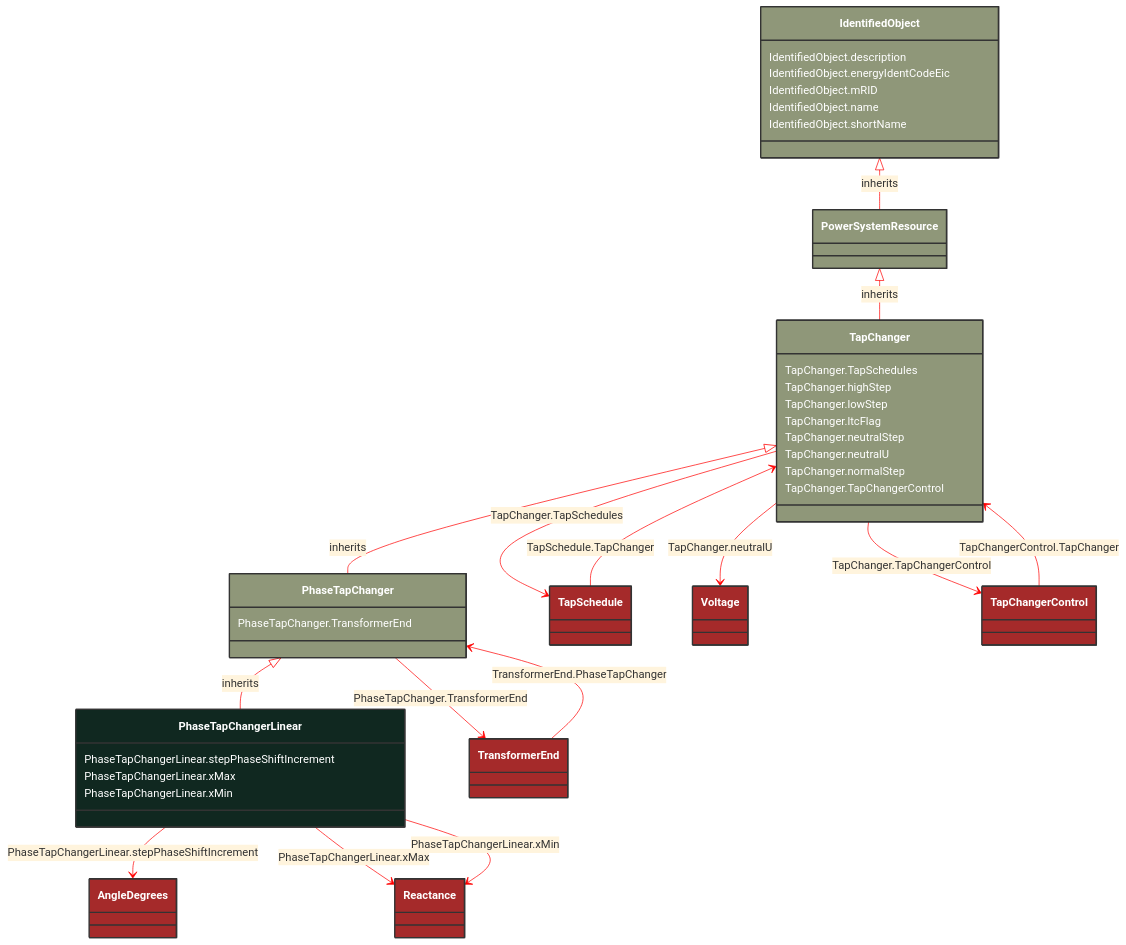
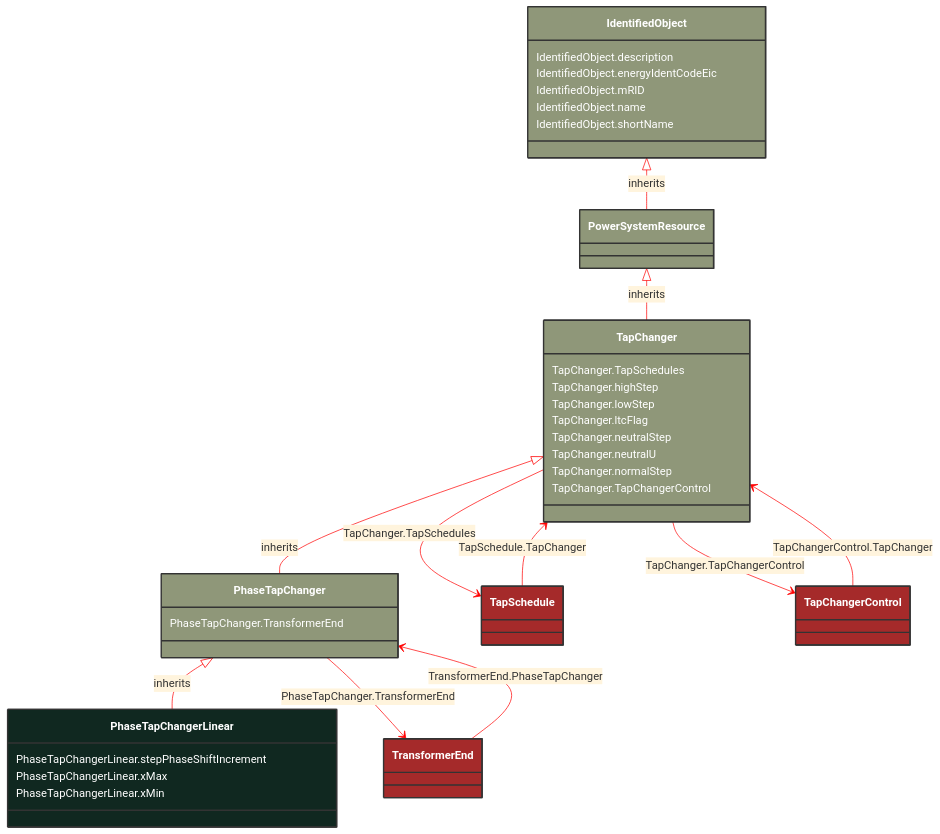
The diagram in docs/Models/Profiles/CoreEquipment/ConcreteClasses/PhaseTapChangerLinear.md (3lbits/NoCIMExtensions), drawn with Mermaid before and after one commit. The commit also changed other lines of this file and 397 other files, not shown here.

First line of the commit message:
Refactor CIM schemas to introduce abstract classes and consolidate data types

```diff
--- a/docs/Models/Profiles/CoreEquipment/ConcreteClasses/PhaseTapChangerLinear.md
+++ b/docs/Models/Profiles/CoreEquipment/ConcreteClasses/PhaseTapChangerLinear.md
@@ -15,51 +15,31 @@
     style PhaseTapChangerLinear fill:#102820,stroke:#333,stroke-width:2px,rx:10,ry:10,color:white
      
         PhaseTapChanger <|-- PhaseTapChangerLinear : inherits
-            click PhaseTapChanger href "/Models/Profiles/CoreEquipment/ConcreteClasses/PhaseTapChanger/"
+            click PhaseTapChanger href "/Models/Profiles/CoreEquipment/AbstractClasses/PhaseTapChanger/"
             style PhaseTapChanger fill:#8F9779,stroke:#333,stroke-width:2px,rx:10,ry:10,color:white
      
         TapChanger <|-- PhaseTapChanger : inherits
-            click TapChanger href "/Models/Profiles/CoreEquipment/ConcreteClasses/TapChanger/"
+            click TapChanger href "/Models/Profiles/CoreEquipment/AbstractClasses/TapChanger/"
             style TapChanger fill:#8F9779,stroke:#333,stroke-width:2px,rx:10,ry:10,color:white
      
         PowerSystemResource <|-- TapChanger : inherits
-            click PowerSystemResource href "/Models/Profiles/CoreEquipment/ConcreteClasses/PowerSystemResource/"
+            click PowerSystemResource href "/Models/Profiles/CoreEquipment/AbstractClasses/PowerSystemResource/"
             style PowerSystemResource fill:#8F9779,stroke:#333,stroke-width:2px,rx:10,ry:10,color:white
      
         IdentifiedObject <|-- PowerSystemResource : inherits
-            click IdentifiedObject href "/Models/Profiles/CoreEquipment/ConcreteClasses/IdentifiedObject/"
+            click IdentifiedObject href "/Models/Profiles/CoreEquipment/AbstractClasses/IdentifiedObject/"
             style IdentifiedObject fill:#8F9779,stroke:#333,stroke-width:2px,rx:10,ry:10,color:white
 
-        PhaseTapChangerLinear --> AngleDegrees : PhaseTapChangerLinear.stepPhaseShiftIncrement
-
-        AngleDegrees
-            click AngleDegrees href "/Models/Profiles/CoreEquipment/ConcreteClasses/AngleDegrees/"
-            style AngleDegrees fill:#A52A2A,stroke:#333,stroke-width:2px,rx:10,ry:10,color:white
-        PhaseTapChangerLinear --> Reactance : PhaseTapChangerLinear.xMax
-
-        Reactance
-            click Reactance href "/Models/Profiles/CoreEquipment/ConcreteClasses/Reactance/"
-            style Reactance fill:#A52A2A,stroke:#333,stroke-width:2px,rx:10,ry:10,color:white
-        PhaseTapChangerLinear --> Reactance : PhaseTapChangerLinear.xMin
-
-        Reactance
-            click Reactance href "/Models/Profiles/CoreEquipment/ConcreteClasses/Reactance/"
-            style Reactance fill:#A52A2A,stroke:#333,stroke-width:2px,rx:10,ry:10,color:white
         PhaseTapChanger --> TransformerEnd : PhaseTapChanger.TransformerEnd
 
         TransformerEnd
-            click TransformerEnd href "/Models/Profiles/CoreEquipment/ConcreteClasses/TransformerEnd/"
+            click TransformerEnd href "/Models/Profiles/CoreEquipment/AbstractClasses/TransformerEnd/"
             style TransformerEnd fill:#A52A2A,stroke:#333,stroke-width:2px,rx:10,ry:10,color:white
         TapChanger --> TapSchedule : TapChanger.TapSchedules
 
         TapSchedule
-            click TapSchedule href "/Models/Profiles/CoreEquipment/ConcreteClasses/TapSchedule/"
+            click TapSchedule href "/Models/Profiles/CoreEquipment/AbstractClasses/TapSchedule/"
             style TapSchedule fill:#A52A2A,stroke:#333,stroke-width:2px,rx:10,ry:10,color:white
-        TapChanger --> Voltage : TapChanger.neutralU
-
-        Voltage
-            click Voltage href "/Models/Profiles/CoreEquipment/ConcreteClasses/Voltage/"
-            style Voltage fill:#A52A2A,stroke:#333,stroke-width:2px,rx:10,ry:10,color:white
         TapChanger --> TapChangerControl : TapChanger.TapChangerControl
 
         TapChangerControl
@@ -69,7 +49,7 @@
         TapSchedule --> TapChanger : TapSchedule.TapChanger
 
         TapSchedule
-            click TapSchedule href "/Models/Profiles/CoreEquipment/ConcreteClasses/TapSchedule/"
+            click TapSchedule href "/Models/Profiles/CoreEquipment/AbstractClasses/TapSchedule/"
             style TapSchedule fill:#A52A2A,stroke:#333,stroke-width:2px,rx:10,ry:10,color:white
 
         TapChangerControl --> TapChanger : TapChangerControl.TapChanger
@@ -81,7 +61,7 @@
         TransformerEnd --> PhaseTapChanger : TransformerEnd.PhaseTapChanger
 
         TransformerEnd
-            click TransformerEnd href "/Models/Profiles/CoreEquipment/ConcreteClasses/TransformerEnd/"
+            click TransformerEnd href "/Models/Profiles/CoreEquipment/AbstractClasses/TransformerEnd/"
             style TransformerEnd fill:#A52A2A,stroke:#333,stroke-width:2px,rx:10,ry:10,color:white
 
 
```
